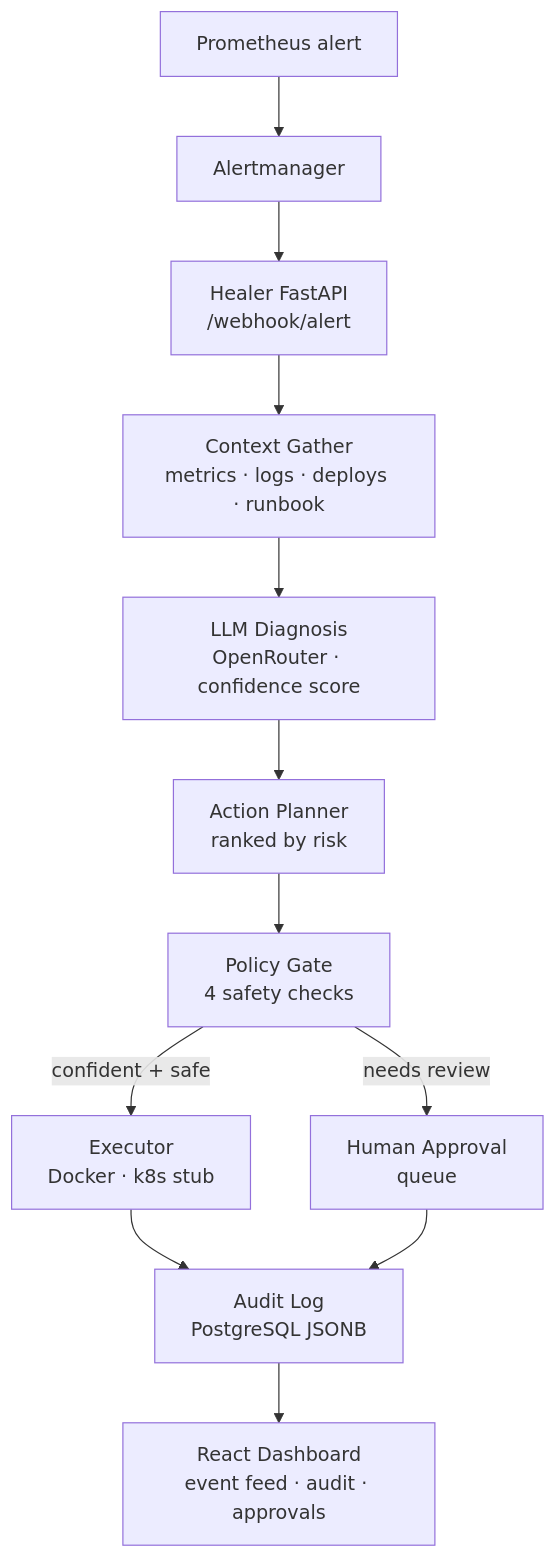
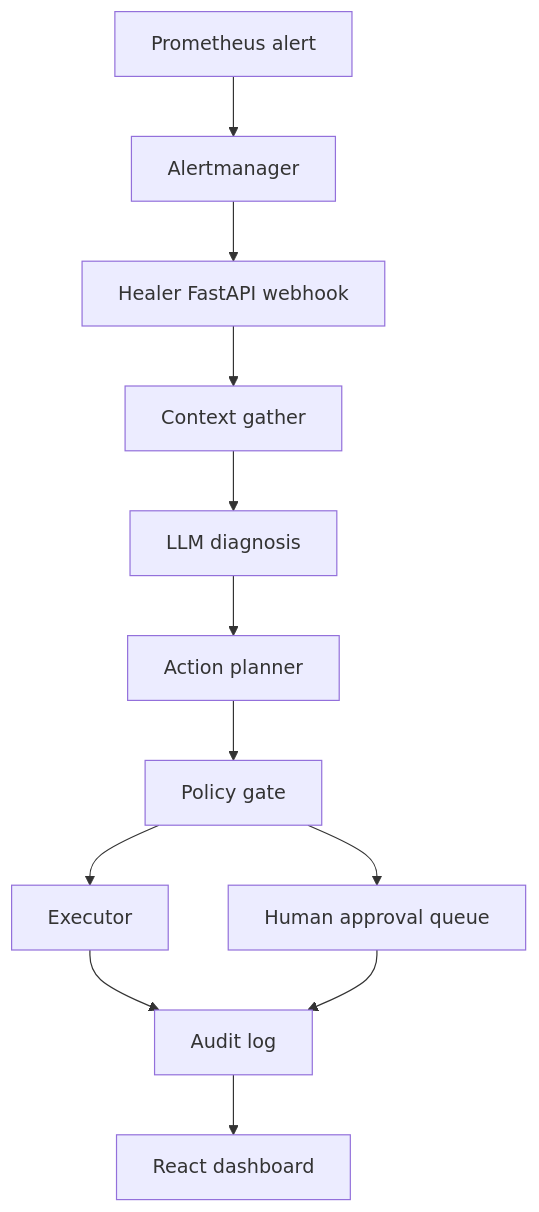
The diagram in README.md (Protagonist01/self-healing-monitor), drawn with Mermaid before and after one commit. The commit also changed 1 other file, not shown here.

Commit message:
Fix GitHub Mermaid diagram rendering

````diff
--- a/README.md
+++ b/README.md
@@ -65,14 +65,14 @@
 ```mermaid
 flowchart TD
   alert["Prometheus alert"] --> am["Alertmanager"]
-  am --> api["Healer FastAPI\n/webhook/alert"]
-  api --> context["Context Gather\nmetrics · logs · deploys · runbook"]
-  context --> diagnose["LLM Diagnosis\nOpenRouter · confidence score"]
-  diagnose --> planner["Action Planner\nranked by risk"]
-  planner --> gate["Policy Gate\n4 safety checks"]
-  gate -->|"confident + safe"| exec["Executor\nDocker · k8s stub"]
-  gate -->|"needs review"| queue["Human Approval\nqueue"]
-  exec --> audit["Audit Log\nPostgreSQL JSONB"]
+  am --> api["Healer FastAPI webhook"]
+  api --> context["Context gather"]
+  context --> diagnose["LLM diagnosis"]
+  diagnose --> planner["Action planner"]
+  planner --> gate["Policy gate"]
+  gate --> exec["Executor"]
+  gate --> queue["Human approval queue"]
+  exec --> audit["Audit log"]
   queue --> audit
-  audit --> dashboard["React Dashboard\nevent feed · audit · approvals"]
+  audit --> dashboard["React dashboard"]
 ```
````
